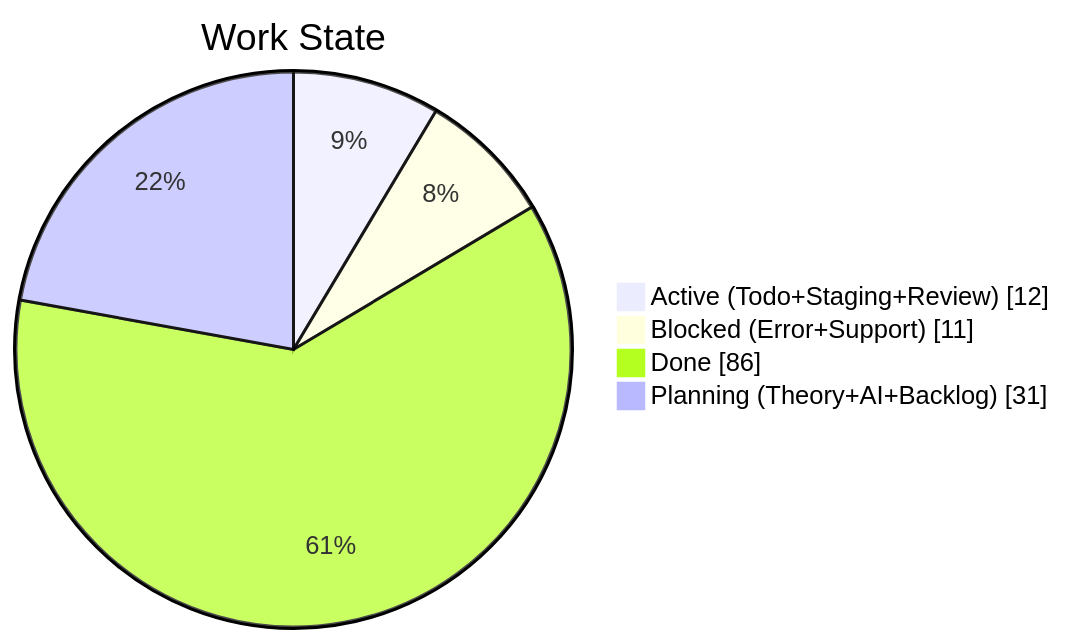
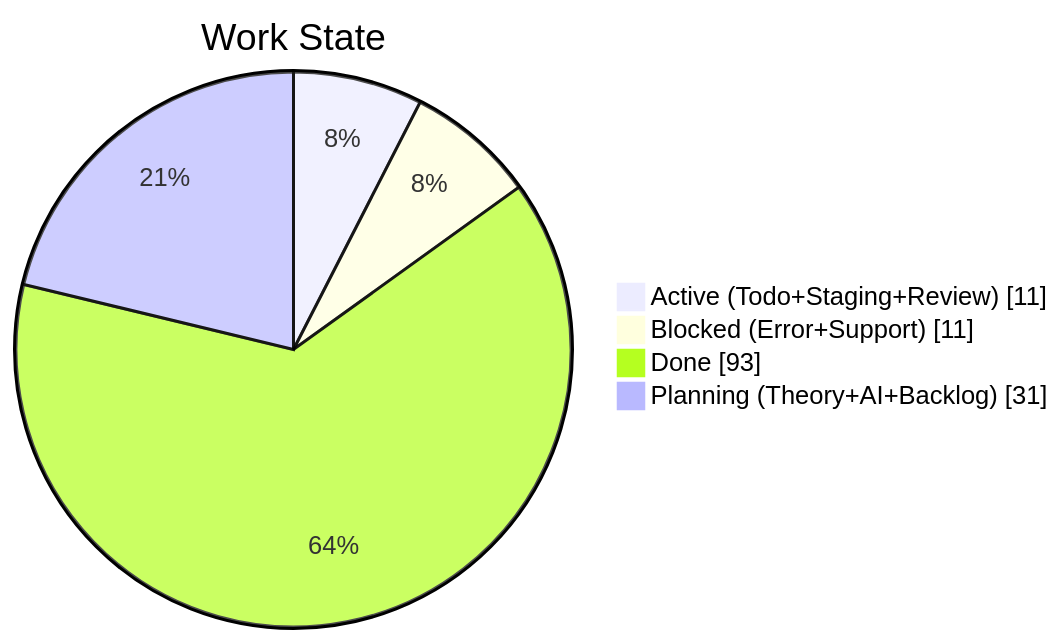
The second of 4 diagrams in apps/kbve/astro-kbve/src/content/docs/dashboard/kanban-data.mdx (KBVE/kbve), drawn with Mermaid before and after one commit. The commit also changed other lines of this file and 8 other files, not shown here.

````diff
--- a/apps/kbve/astro-kbve/src/content/docs/dashboard/kanban-data.mdx
+++ b/apps/kbve/astro-kbve/src/content/docs/dashboard/kanban-data.mdx
@@ -68,8 +67,8 @@
 ```mermaid
 pie showData
     title Work State
-    "Active (Todo+Staging+Review)" : 12
+    "Active (Todo+Staging+Review)" : 11
     "Blocked (Error+Support)" : 11
-    "Done" : 86
+    "Done" : 93
     "Planning (Theory+AI+Backlog)" : 31
 ```
````
